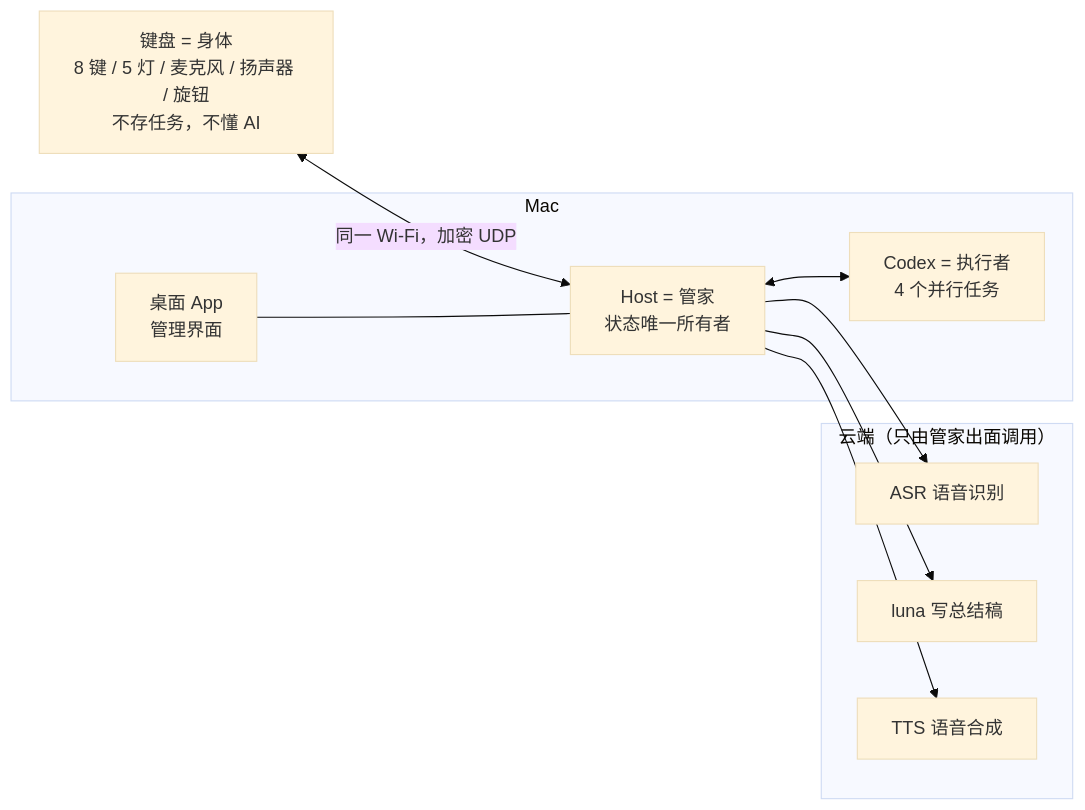
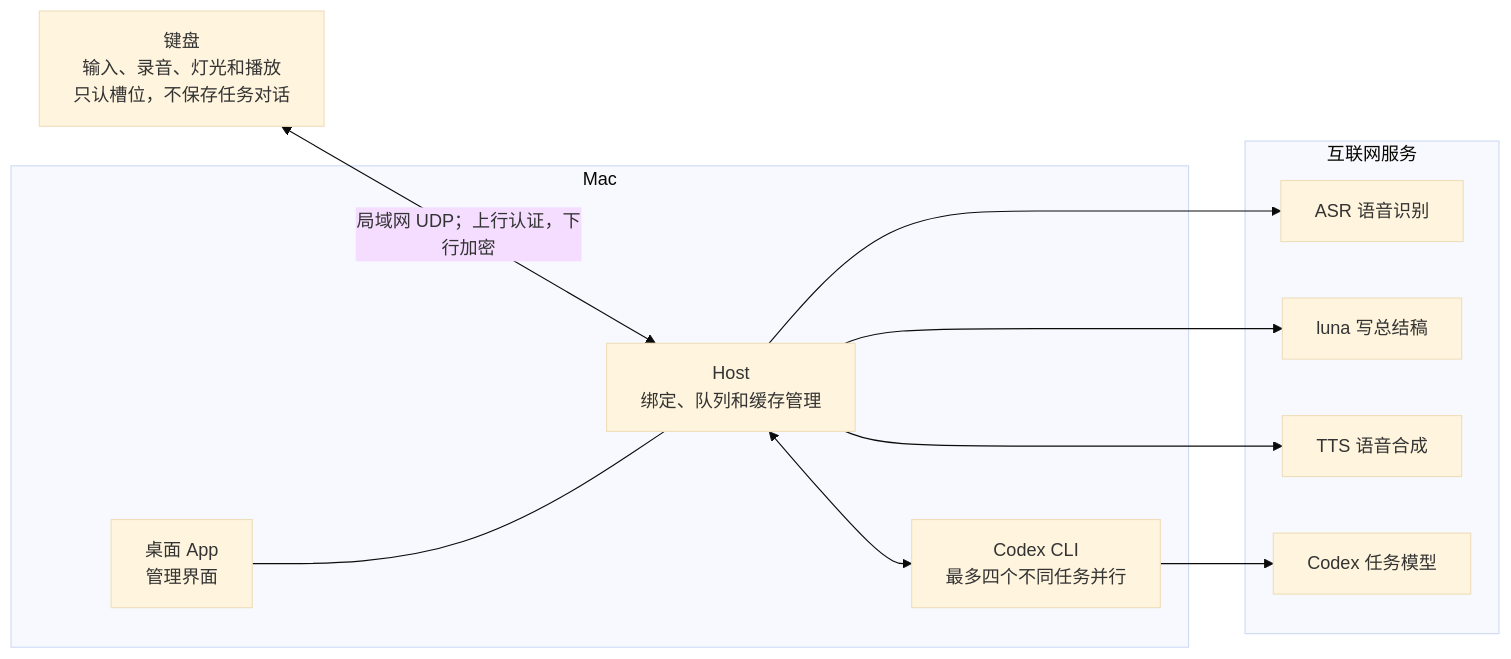
Before and after one commit to Larkspur-Wang/Codex_Keyboard: the diagram in projects/feishu_tutorial_20260817/boards/wb12_总架构.mmd, drawn with Mermaid (base theme). The commit also changed 87 other files, not shown here.

```diff
--- a/projects/feishu_tutorial_20260817/boards/wb12_总架构.mmd
+++ b/projects/feishu_tutorial_20260817/boards/wb12_总架构.mmd
@@ -1,18 +1,20 @@
 flowchart LR
-    KB["键盘 = 身体<br/>8 键 / 5 灯 / 麦克风 / 扬声器 / 旋钮<br/>不存任务，不懂 AI"]
+    KB["键盘<br/>输入、录音、灯光和播放<br/>只认槽位，不保存任务对话"]
     subgraph MAC["Mac"]
-        HOST["Host = 管家<br/>状态唯一所有者"]
+        HOST["Host<br/>绑定、队列和缓存管理"]
         APP["桌面 App<br/>管理界面"]
-        CODEX["Codex = 执行者<br/>4 个并行任务"]
+        CODEX["Codex CLI<br/>最多四个不同任务并行"]
     end
-    subgraph CLOUD["云端（只由管家出面调用）"]
+    subgraph CLOUD["互联网服务"]
         ASR["ASR 语音识别"]
         LUNA["luna 写总结稿"]
         TTS["TTS 语音合成"]
+        CM["Codex 任务模型"]
     end
-    KB <-->|"同一 Wi-Fi，加密 UDP"| HOST
+    KB <-->|"局域网 UDP；上行认证，下行加密"| HOST
     APP --- HOST
     HOST <--> CODEX
     HOST --> ASR
     HOST --> LUNA
     HOST --> TTS
+    CODEX --> CM
```
